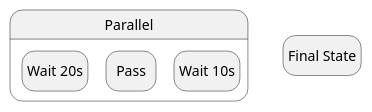
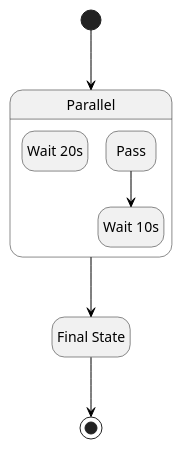
Before and after one commit to massfords/asl-puml: the diagram in src/__tests__/pumls/parallel.puml, drawn with PlantUML. The commit also changed 11 other files, not shown here.

```diff
--- a/src/__tests__/pumls/parallel.puml
+++ b/src/__tests__/pumls/parallel.puml
@@ -2,11 +2,15 @@
 @startuml
 hide empty description
 skinparam LineBackgroundColor #black
 skinparam ArrowColor #black
 state "Parallel" as state1 {
 state "Wait 20s" as state3
 state "Pass" as state4
 state "Wait 10s" as state5
 }
 state "Final State" as state2
+[*] --> state1
+state1 --> state2
+state2 --> [*]
+state4 --> state5
 @enduml
```
